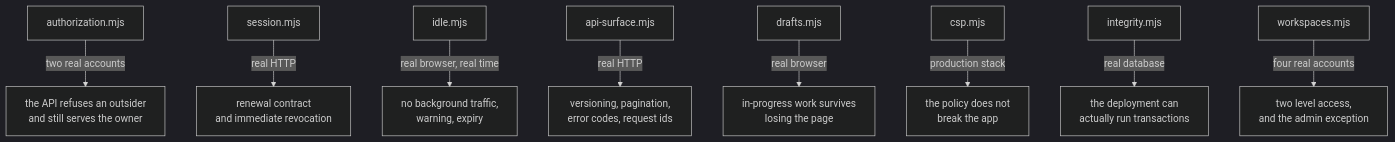
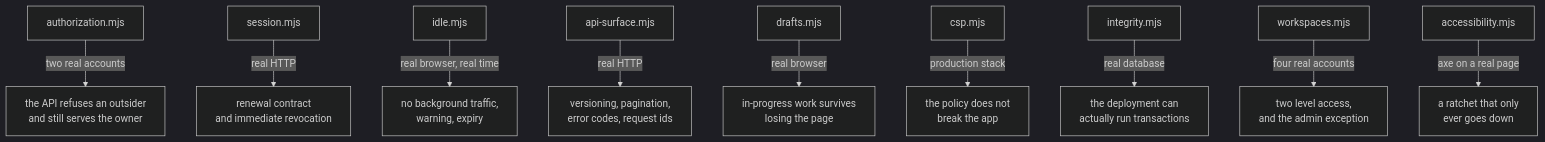
The diagram in e2e/verify/README.md (kfeuerschvenger/BreezyBoard), drawn with Mermaid (dark theme) before and after one commit. The commit also changed other lines of this file and 19 other files, not shown here.

````diff
--- a/e2e/verify/README.md
+++ b/e2e/verify/README.md
@@ -34,11 +34,12 @@
 ```mermaid
 graph TD
   A[authorization.mjs] -->|two real accounts| B[the API refuses an outsider<br/>and still serves the owner]
   C[session.mjs] -->|real HTTP| D[renewal contract<br/>and immediate revocation]
   E[idle.mjs] -->|real browser, real time| F[no background traffic,<br/>warning, expiry]
   G[api-surface.mjs] -->|real HTTP| H[versioning, pagination,<br/>error codes, request ids]
   I[drafts.mjs] -->|real browser| J[in-progress work survives<br/>losing the page]
   K[csp.mjs] -->|production stack| L[the policy does not<br/>break the app]
   M[integrity.mjs] -->|real database| N[the deployment can<br/>actually run transactions]
   O[workspaces.mjs] -->|four real accounts| P[two level access,<br/>and the admin exception]
+  Q[accessibility.mjs] -->|axe on a real page| R[a ratchet that only<br/>ever goes down]
 ```
````
